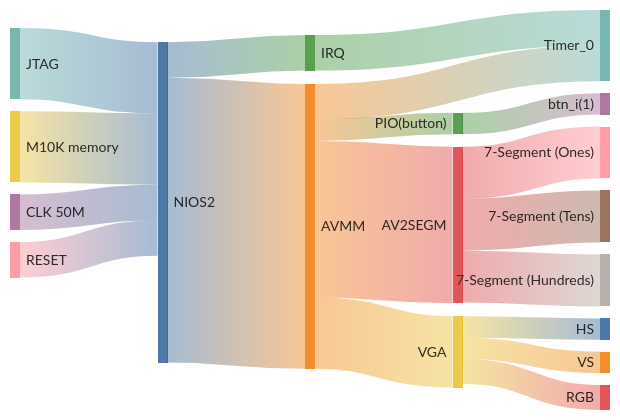
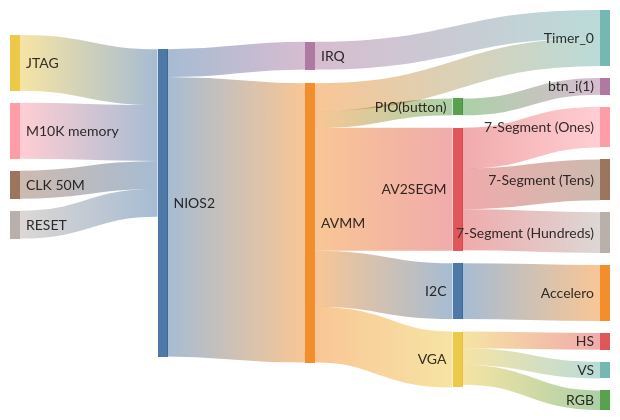
Before and after one commit to ESN2025/GEOFFRE_Project: the first of 2 diagrams in readme.md, drawn with Mermaid. The commit also changed 1 other file, not shown here.

````diff
--- a/readme.md
+++ b/readme.md
@@ -42,26 +42,28 @@
 ```mermaid
 ---
 config:
   sankey:
     showValues: false
 ---
 sankey-beta
-NIOS2, AVMM, 0.4
+NIOS2, AVMM, 0.5
 AVMM, AV2SEGM, 0.22
 AVMM, Timer_0, 0.05
 AVMM, PIO(button), 0.03
 AVMM, VGA, 0.1
 PIO(button), btn_i(1), 0.03
 AV2SEGM, 7-Segment (Ones), 0.073
 AV2SEGM, 7-Segment (Tens), 0.073
 AV2SEGM, 7-Segment (Hundreds), 0.073
+AVMM, I2C, 0.1
+I2C, Accelero, 0.1
 VGA, HS, 0.03
 VGA, VS, 0.03
 VGA, RGB, 0.035
 JTAG, NIOS2, 0.1
 NIOS2, IRQ, 0.05
 IRQ, Timer_0, 0.05
 M10K memory, NIOS2, 0.1
 CLK 50M, NIOS2, 0.05
 RESET, NIOS2, 0.05
 ```
````
